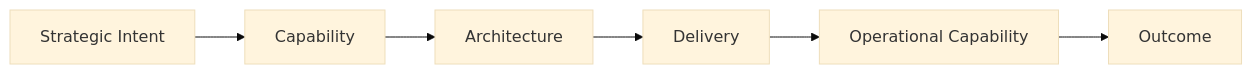
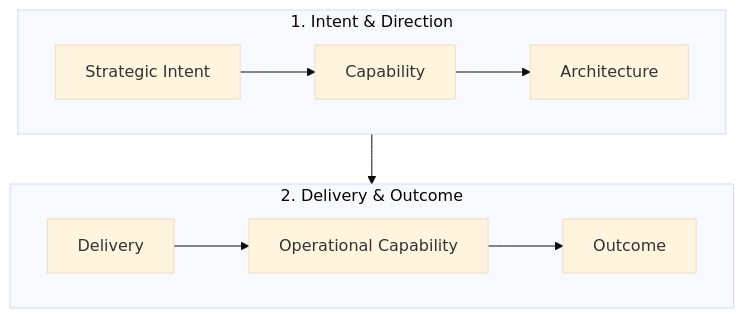
Before and after one commit to avfranco-br/portfolio: diagram 11 of 11 in docs/sop/04-delivery-enablement.md, drawn with Mermaid (base theme). The commit also changed other lines of this file and 10 other files, not shown here.

Commit message:
Refactor Mermaid diagrams across SOP and methods documentation for legibility

````diff
--- a/docs/sop/04-delivery-enablement.md
+++ b/docs/sop/04-delivery-enablement.md
@@ -1611,10 +1625,14 @@
 ```mermaid
-flowchart LR
-    A["Strategic Intent"]
-    B["Capability"]
-    C["Architecture"]
-    D["Delivery"]
-    E["Operational Capability"]
-    F["Outcome"]
-    A --> B --> C --> D --> E --> F
+flowchart TD
+    subgraph Direction_Def["1. Intent & Direction"]
+        direction LR
+        A["Strategic Intent"] --> B["Capability"] --> C["Architecture"]
+    end
+
+    subgraph Realisation_Def["2. Delivery & Outcome"]
+        direction LR
+        D["Delivery"] --> E["Operational Capability"] --> F["Outcome"]
+    end
+
+    C --> D
 ```
````
